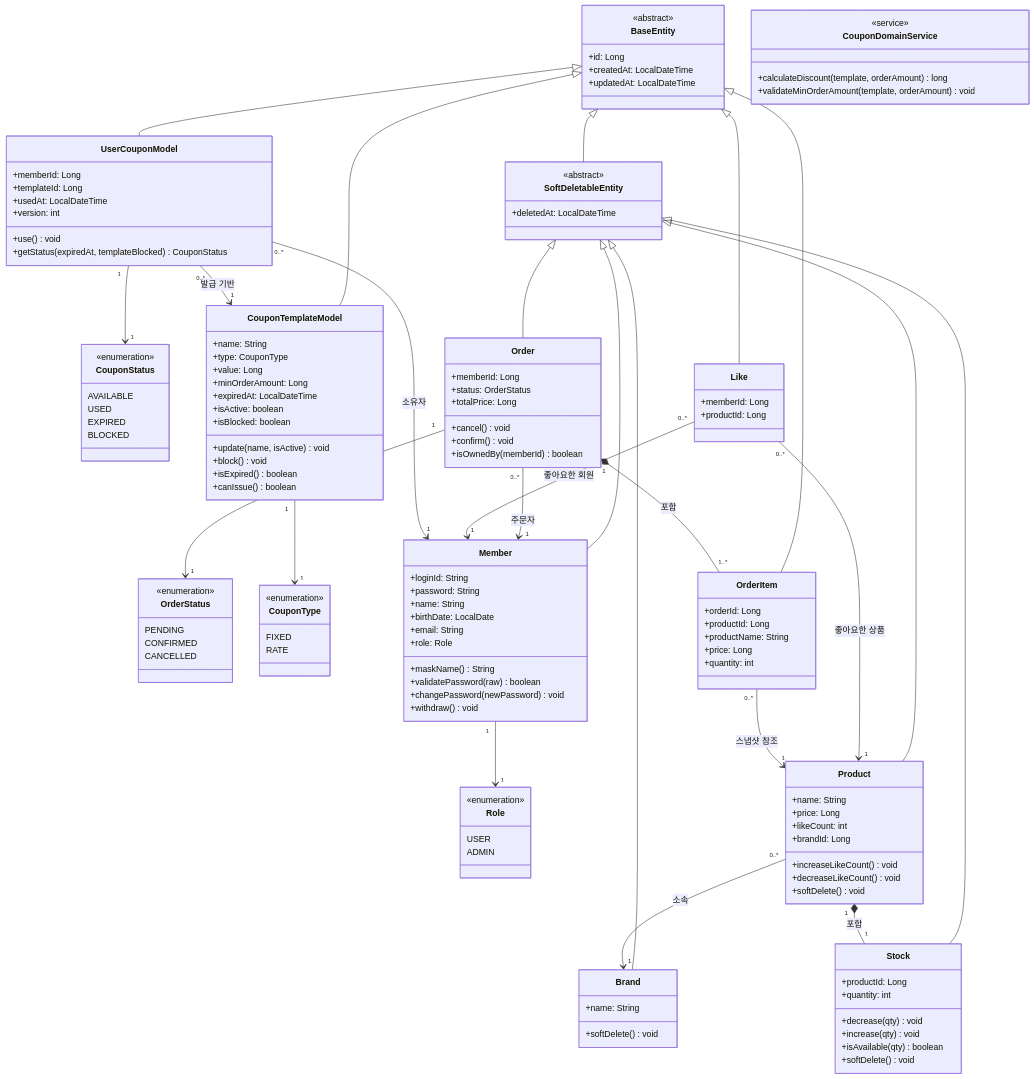
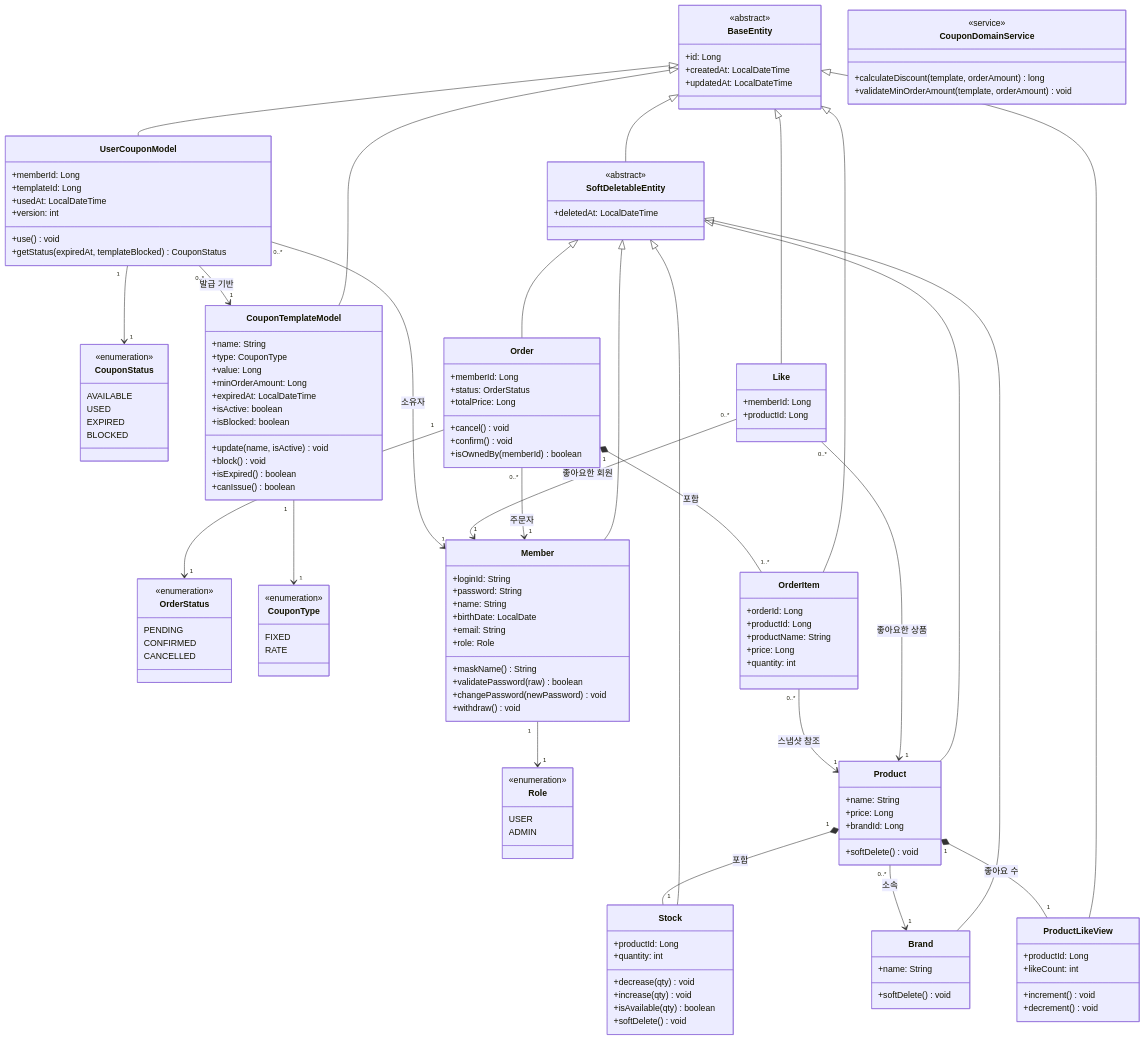
One commit to loopers-labs/loop-pack-be-l2-vol4-java changed the diagram in .docs/design/03-class-diagram.md. Above: the diagram before and after it, drawn with Mermaid. The commit also changed 5 other files, not shown here.

```diff
--- a/.docs/design/03-class-diagram.md
+++ b/.docs/design/03-class-diagram.md
@@ -80,11 +80,15 @@
     class Product {
         +name: String
         +price: Long
+        +brandId: Long
+        +softDelete() void
+    }
+
+    class ProductLikeView {
+        +productId: Long
         +likeCount: int
-        +brandId: Long
-        +increaseLikeCount() void
-        +decreaseLikeCount() void
-        +softDelete() void
+        +increment() void
+        +decrement() void
     }
 
     class Stock {
@@ -153,6 +157,7 @@
     SoftDeletableEntity <|-- Brand
     SoftDeletableEntity <|-- Product
     SoftDeletableEntity <|-- Stock
+    BaseEntity <|-- ProductLikeView
     SoftDeletableEntity <|-- Order
     BaseEntity <|-- Like
     BaseEntity <|-- OrderItem
@@ -168,6 +173,7 @@
     %% ────────── 합성 Composition ──────────
     Order "1" *-- "1..*" OrderItem : 포함
     Product "1" *-- "1" Stock : 포함
+    Product "1" *-- "1" ProductLikeView : 좋아요 수
 
     %% ────────── 연관 Association ──────────
     Product "0..*" --> "1" Brand : 소속
```
